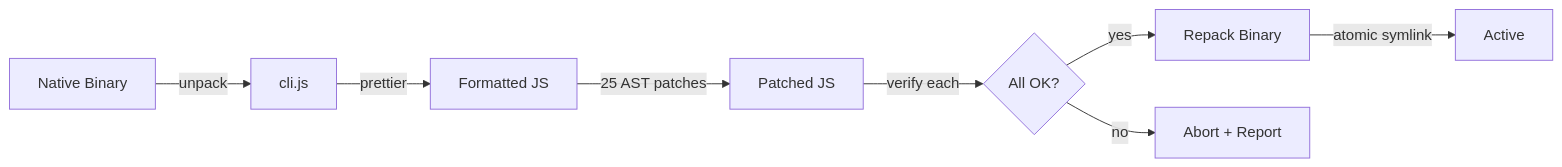
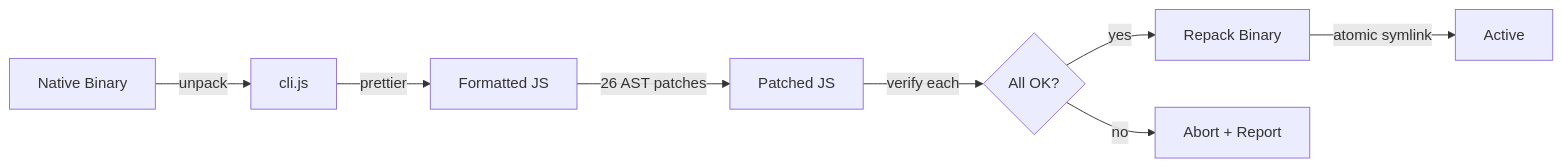
The first of 3 diagrams in README.md (camjac251/cc-enhanced), drawn with Mermaid before and after one commit. The commit also changed other lines of this file and 5 other files, not shown here.

````diff
--- a/README.md
+++ b/README.md
@@ -22,10 +22,10 @@
 ```mermaid
 graph LR
     A[Native Binary] -->|unpack| B[cli.js]
     B -->|prettier| C[Formatted JS]
-    C -->|25 AST patches| D[Patched JS]
+    C -->|26 AST patches| D[Patched JS]
     D -->|verify each| E{All OK?}
     E -->|yes| F[Repack Binary]
     E -->|no| G[Abort + Report]
     F -->|atomic symlink| H[Active]
 ```
````
